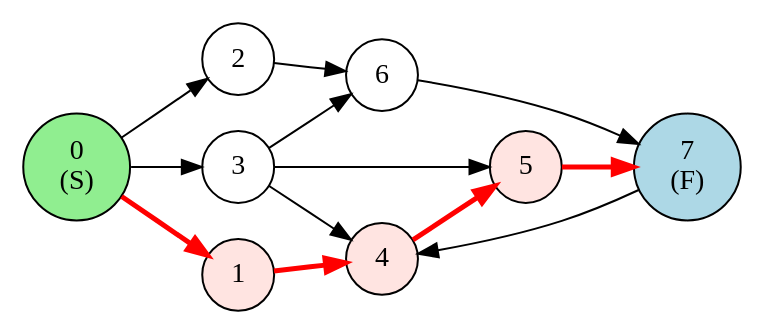
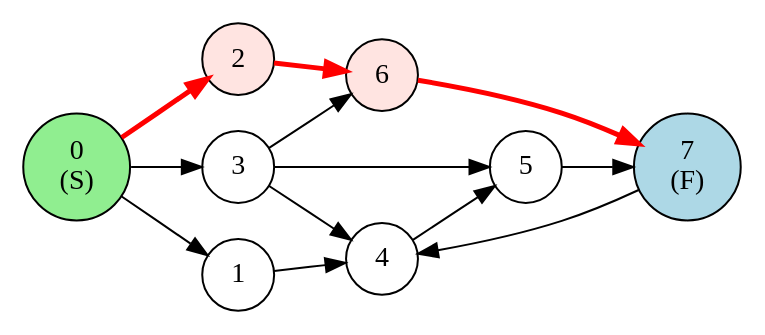
One commit to EndRiKeR/ExpertSystems changed the diagram in Examples/graph.depth.dot. Above: the diagram before and after it, drawn with Graphviz. The commit also changed 8 other files, not shown here.

```diff
--- a/Examples/graph.depth.dot
+++ b/Examples/graph.depth.dot
@@ -1,26 +1,26 @@
 digraph G {
     rankdir=LR;
     node [shape=circle];
 
     0 [style=filled, fillcolor=lightgreen, label="0\n(S)"];
-    1 [style=filled, fillcolor=mistyrose];
-    2;
+    1;
+    2 [style=filled, fillcolor=mistyrose];
     3;
-    4 [style=filled, fillcolor=mistyrose];
-    5 [style=filled, fillcolor=mistyrose];
-    6;
+    4;
+    5;
+    6 [style=filled, fillcolor=mistyrose];
     7 [style=filled, fillcolor=lightblue, label="7\n(F)"];
 
-    0 -> 1 [color=red, penwidth=2.5];
-    1 -> 4 [color=red, penwidth=2.5];
+    0 -> 2 [color=red, penwidth=2.5];
+    0 -> 1;
+    1 -> 4;
     0 -> 3;
     3 -> 4;
     7 -> 4;
-    4 -> 5 [color=red, penwidth=2.5];
+    4 -> 5;
     3 -> 5;
-    5 -> 7 [color=red, penwidth=2.5];
-    0 -> 2;
-    2 -> 6;
-    6 -> 7;
+    5 -> 7;
+    2 -> 6 [color=red, penwidth=2.5];
+    6 -> 7 [color=red, penwidth=2.5];
     3 -> 6;
 }
```
